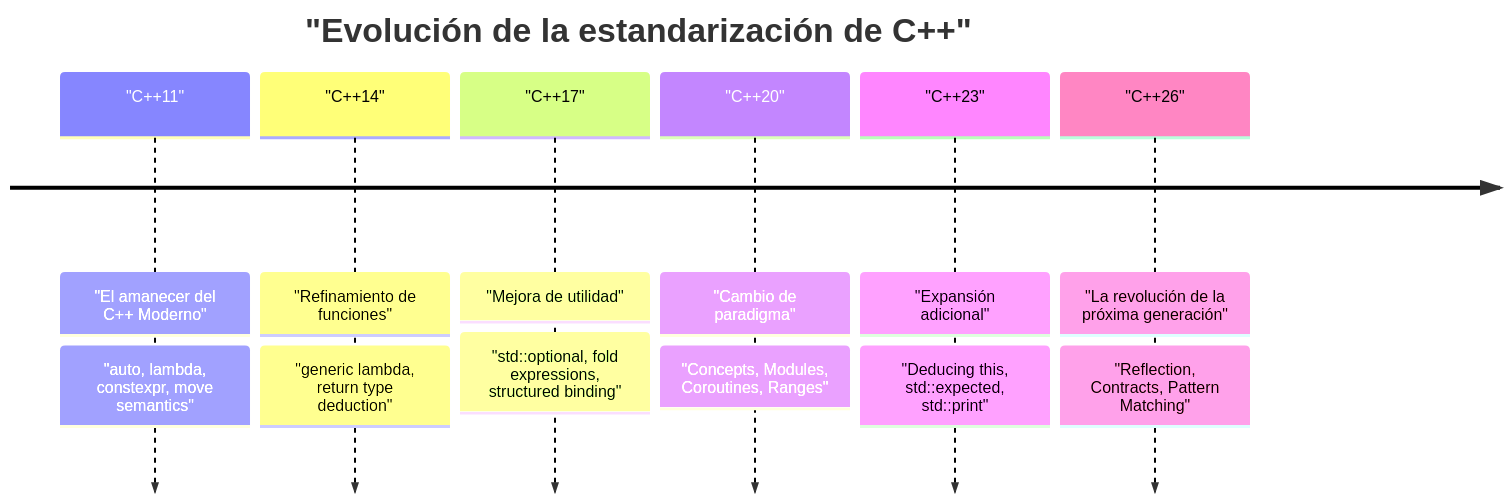
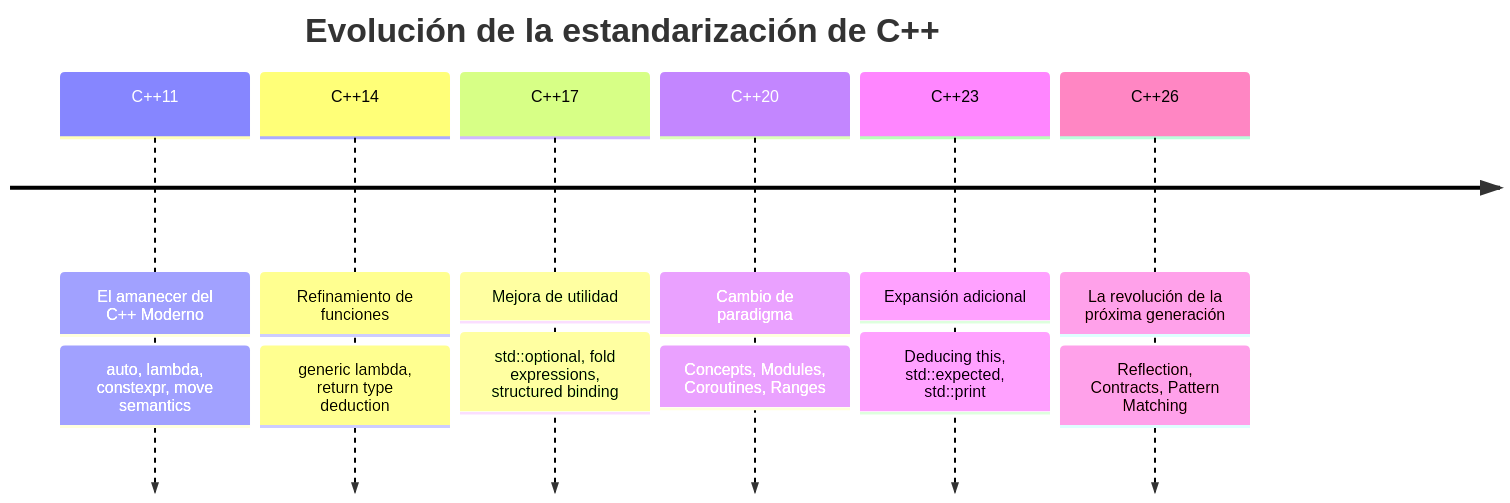
Before and after one commit to kenjinote/blog: the first of 4 diagrams in content/post/cpp26新機能/index.es.md, drawn with Mermaid. The commit also changed other lines of this file and 703 other files, not shown here.

Commit message:
Fix: Remove quotes from Mermaid link texts and timeline definitions to support Mermaid 11.4.1

````diff
--- a/content/post/cpp26新機能/index.es.md
+++ b/content/post/cpp26新機能/index.es.md
@@ -20,10 +20,10 @@
 ```mermaid
 timeline
-    title "Evolución de la estandarización de C++"
-    "C++11" : "El amanecer del C++ Moderno" : "auto, lambda, constexpr, move semantics"
-    "C++14" : "Refinamiento de funciones" : "generic lambda, return type deduction"
-    "C++17" : "Mejora de utilidad" : "std::optional, fold expressions, structured binding"
-    "C++20" : "Cambio de paradigma" : "Concepts, Modules, Coroutines, Ranges"
-    "C++23" : "Expansión adicional" : "Deducing this, std::expected, std::print"
-    "C++26" : "La revolución de la próxima generación" : "Reflection, Contracts, Pattern Matching"
+    title Evolución de la estandarización de C++
+    C++11 : El amanecer del C++ Moderno : auto, lambda, constexpr, move semantics
+    C++14 : Refinamiento de funciones : generic lambda, return type deduction
+    C++17 : Mejora de utilidad : std::optional, fold expressions, structured binding
+    C++20 : Cambio de paradigma : Concepts, Modules, Coroutines, Ranges
+    C++23 : Expansión adicional : Deducing this, std::expected, std::print
+    C++26 : La revolución de la próxima generación : Reflection, Contracts, Pattern Matching
 ```
````
